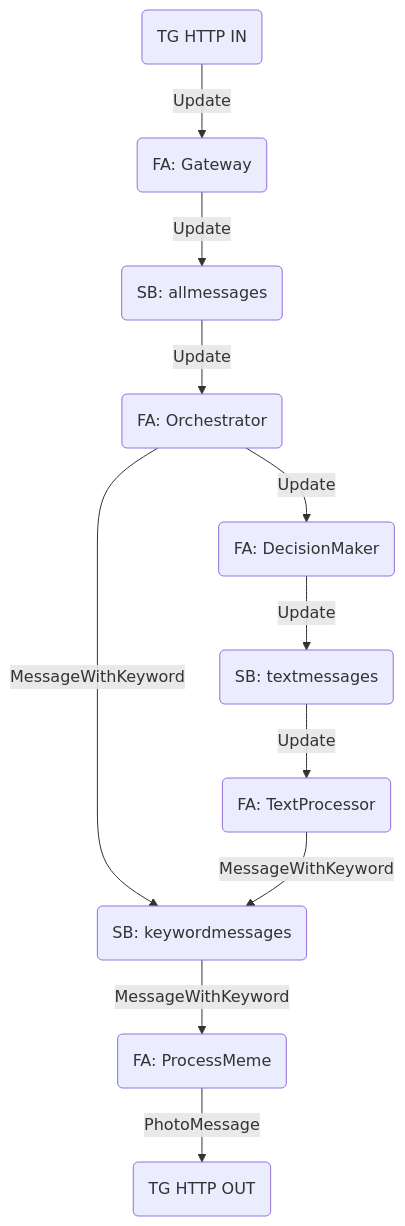
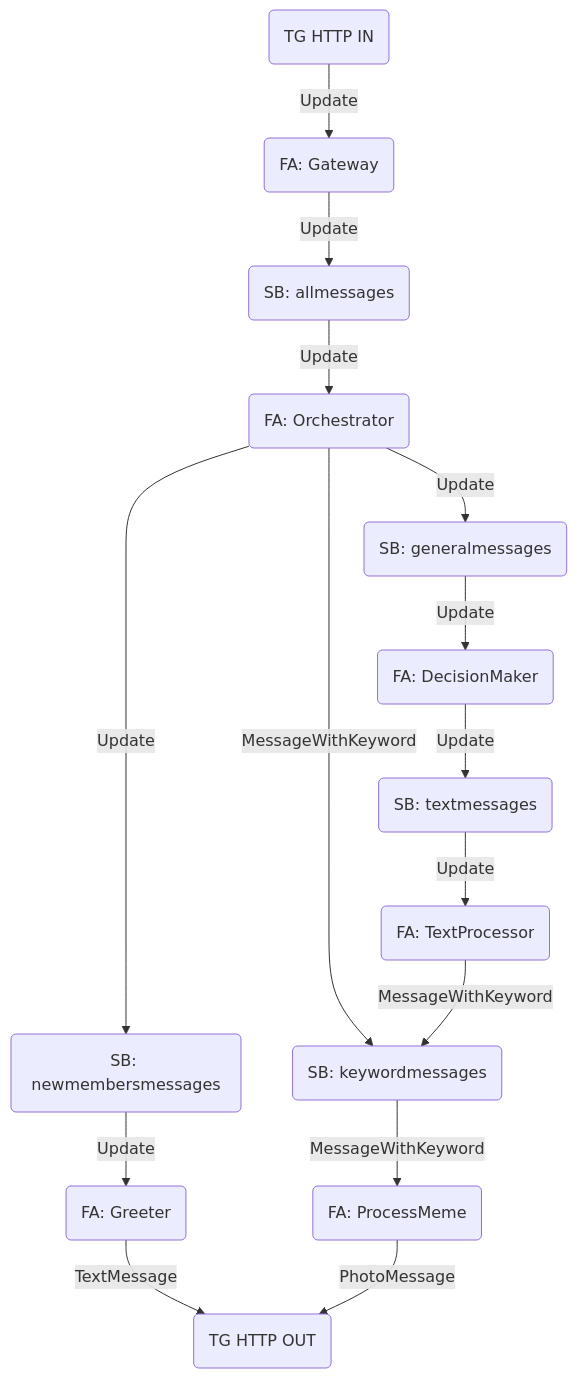
One commit to ArtemKiyashko/memesfinder-infrastructure changed the diagram in README.md. Above: the diagram before and after it, drawn with Mermaid. The commit also changed other lines of this file and 3 other files, not shown here.

````diff
--- a/README.md
+++ b/README.md
@@ -48,25 +52,32 @@
 ```mermaid
 flowchart TD;
 
 A(TG HTTP IN);
 B(FA: Gateway);
 C(SB: allmessages);
 G(FA: DecisionMaker);
 H(SB: textmessages);
 D(FA: TextProcessor);
 E(SB: keywordmessages);
 F(FA: ProcessMeme);
-I(FA: Orchestrator)
+I(FA: Orchestrator);
+J(FA: Greeter);
+K(SB: newmembersmessages);
+L(SB: generalmessages)
 Z(TG HTTP OUT);
 
 A -- Update --> B
 B -- Update --> C
 C -- Update --> I
 I -- MessageWithKeyword --> E
-I -- Update --> G
+I -- Update --> K
+K -- Update --> J
+J -- TextMessage --> Z 
+I -- Update --> L
+L -- Update --> G
 G -- Update --> H
 H -- Update --> D
 D -- MessageWithKeyword --> E
 E -- MessageWithKeyword --> F
 F -- PhotoMessage --> Z
 ```
````
